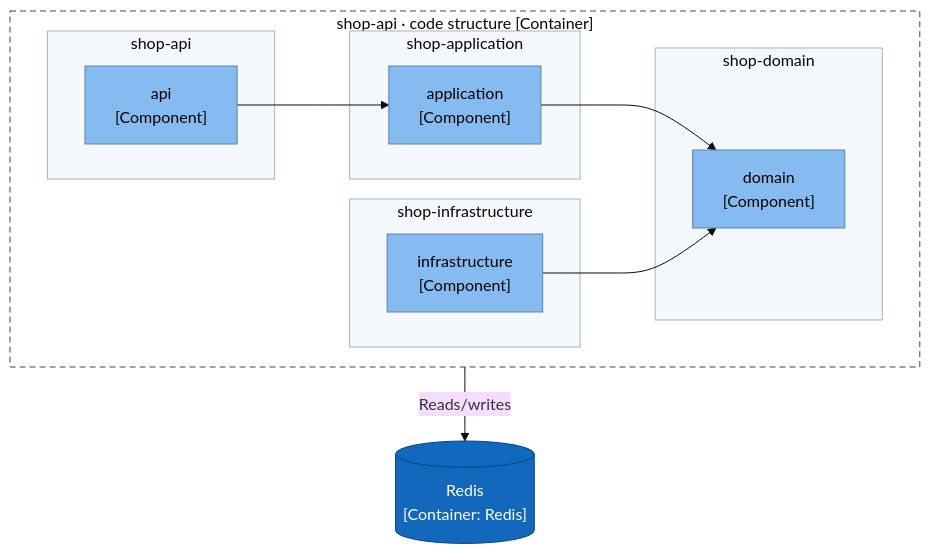
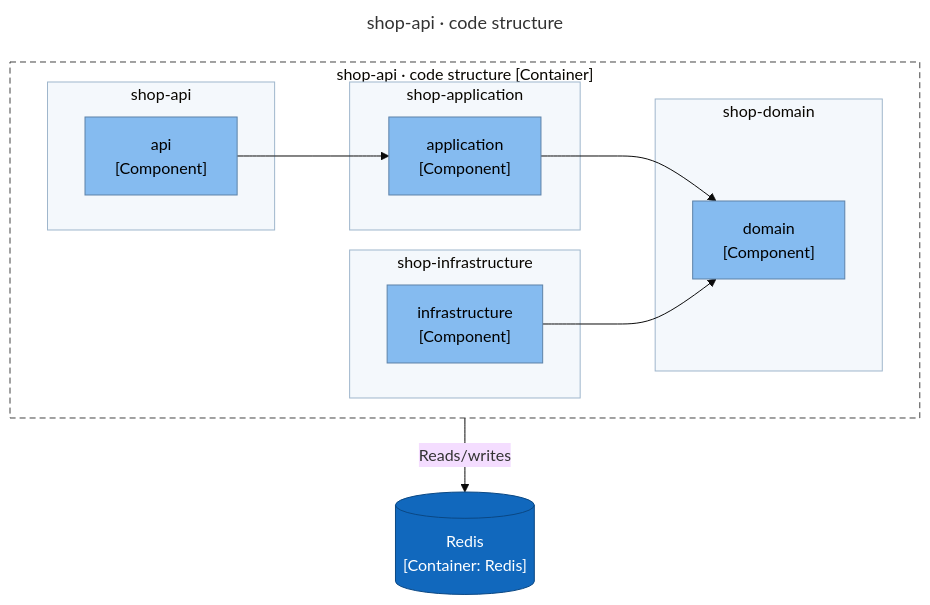
One commit to ythalorossy/architecture-skills changed the third of 4 diagrams in tests/golden/maven_layered/output/ArchitectureReport.md. Above: the diagram before and after it, drawn with Mermaid (base theme). The commit also changed other lines of this file and 56 other files, not shown here.

First line of the commit message:
feat(c4): title every diagram and add one Key to the report

````diff
--- a/tests/golden/maven_layered/output/ArchitectureReport.md
+++ b/tests/golden/maven_layered/output/ArchitectureReport.md
@@ -82,35 +100,38 @@
 ```mermaid
+---
+title: "shop-api · code structure"
+---
 flowchart TB
     subgraph boundary["shop-api · code structure [Container]"]
         subgraph module_shop_api["shop-api"]
             shop_api__api["api<br/>[Component]"]
         end
         subgraph module_shop_application["shop-application"]
             shop_application__application["application<br/>[Component]"]
         end
         subgraph module_shop_domain["shop-domain"]
             shop_domain__domain["domain<br/>[Component]"]
         end
         subgraph module_shop_infrastructure["shop-infrastructure"]
             shop_infrastructure__infrastructure["infrastructure<br/>[Component]"]
         end
     end
     shop_api__api --> shop_application__application
     shop_application__application --> shop_domain__domain
     shop_infrastructure__infrastructure --> shop_domain__domain
     db_redis[("Redis<br/>[Container: Redis]")]
     boundary -->|"Reads/writes"| db_redis
     classDef person fill:#08427b,stroke:#052e56,color:#ffffff
     classDef container fill:#1168bd,stroke:#0b4884,color:#ffffff
     classDef system fill:#1168bd,stroke:#0b4884,color:#ffffff
     classDef component fill:#85bbf0,stroke:#5d82a8,color:#000000
     classDef external fill:#999999,stroke:#6b6b6b,color:#ffffff
     classDef shared fill:#dbe9f6,stroke:#5d82a8,color:#000000,stroke-dasharray:4 3
     class shop_api__api,shop_application__application,shop_domain__domain,shop_infrastructure__infrastructure component
     class db_redis container
     style boundary fill:none,stroke:#444444,stroke-dasharray:6 4
     style module_shop_api fill:#f4f8fc,stroke:#9fb6cc
     style module_shop_application fill:#f4f8fc,stroke:#9fb6cc
     style module_shop_domain fill:#f4f8fc,stroke:#9fb6cc
     style module_shop_infrastructure fill:#f4f8fc,stroke:#9fb6cc
 ```
````
